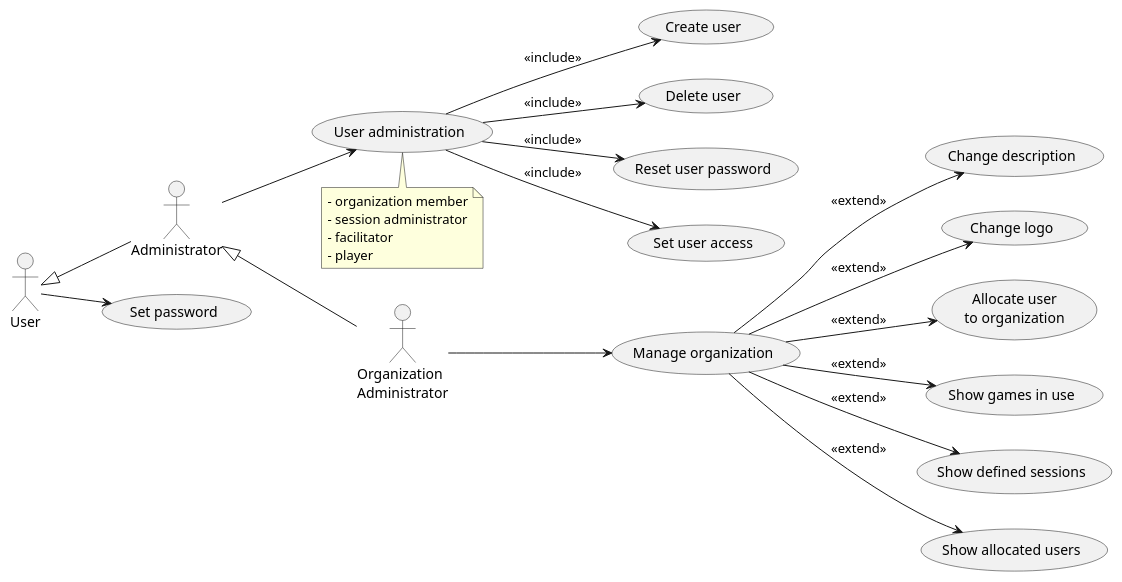
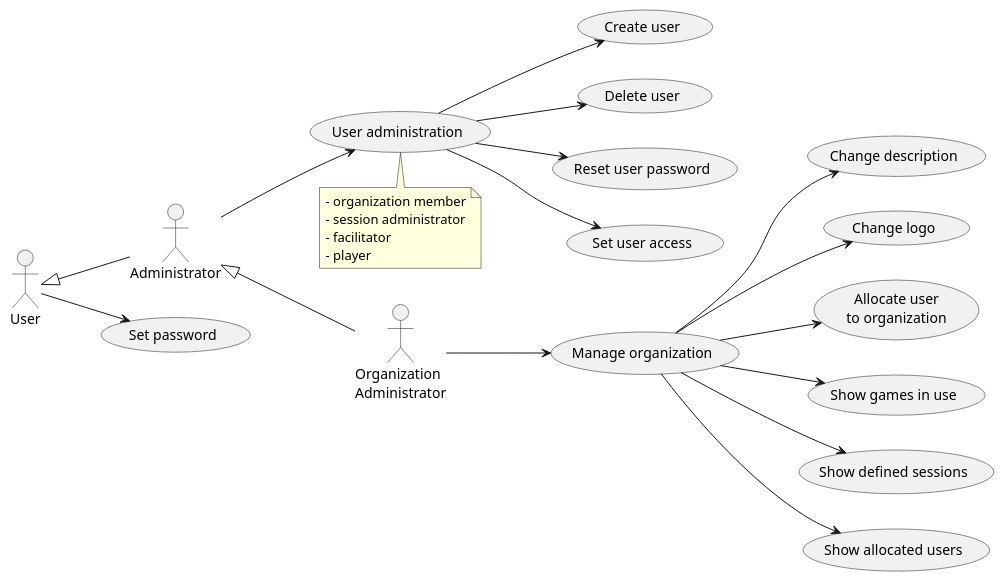
Before and after one commit to averbraeck/gscg-design: the diagram in doc/1-use-cases/diagrams/organization-administration.puml, drawn with PlantUML. The commit also changed 5 other files, not shown here.

Commit message:
Issue #13. Simplify diagrams by removing <<include>> and <<extend>> labels

```diff
--- a/doc/1-use-cases/diagrams/organization-administration.puml
+++ b/doc/1-use-cases/diagrams/organization-administration.puml
@@ -1,31 +1,31 @@
 @startuml
 left to right direction
 
 "Organization\nAdministrator" as OA
 User <|-- Administrator
 Administrator <|-- OA
 
 User --> (Set password)
 
 Administrator --> (User administration)
 note bottom
   - organization member
   - session administrator
   - facilitator
   - player
 end note
 
-(User administration) --> (Create user) : << include >>
-(User administration) --> (Delete user) : << include >>
-(User administration) --> (Reset user password) : << include >>
-(User administration) --> (Set user access) : << include >>
+(User administration) --> (Create user)
+(User administration) --> (Delete user)
+(User administration) --> (Reset user password)
+(User administration) --> (Set user access)
 
 OA --> (Manage organization)
-(Manage organization) --> (Change description) : << extend >>
-(Manage organization) --> (Change logo) : << extend >>
-(Manage organization) --> (Allocate user\nto organization) : << extend >>
-(Manage organization) --> (Show games in use) : << extend >>
-(Manage organization) --> (Show defined sessions) : << extend >>
-(Manage organization) --> (Show allocated users) : << extend >>
+(Manage organization) --> (Change description)
+(Manage organization) --> (Change logo)
+(Manage organization) --> (Allocate user\nto organization)
+(Manage organization) --> (Show games in use)
+(Manage organization) --> (Show defined sessions)
+(Manage organization) --> (Show allocated users)
 
 @enduml
```
